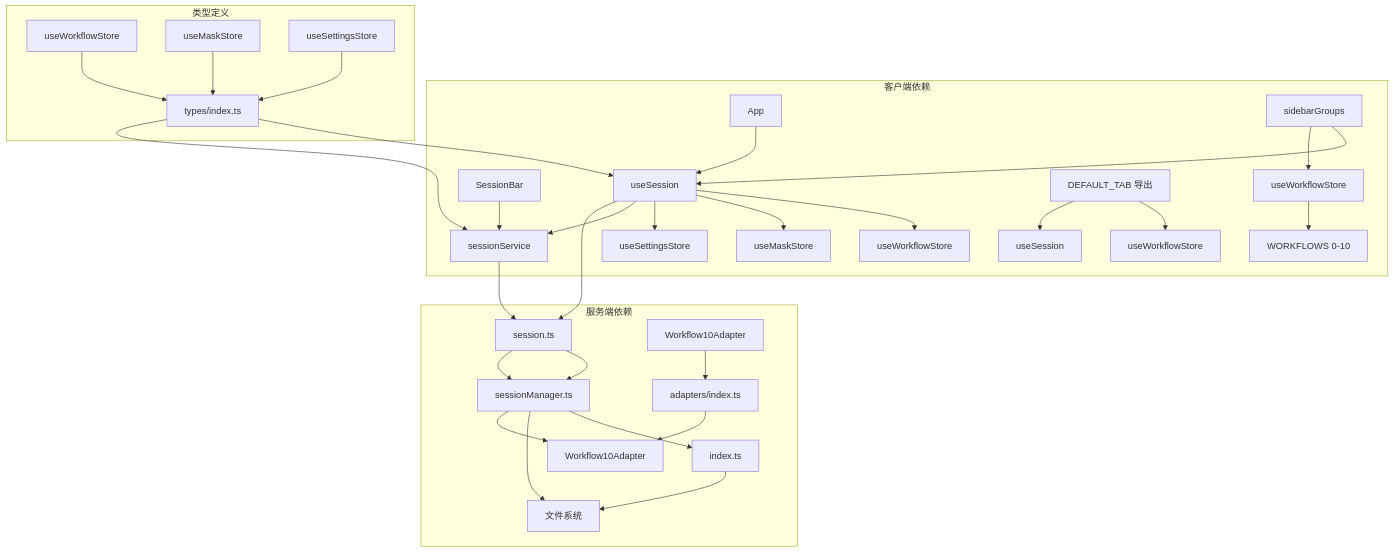
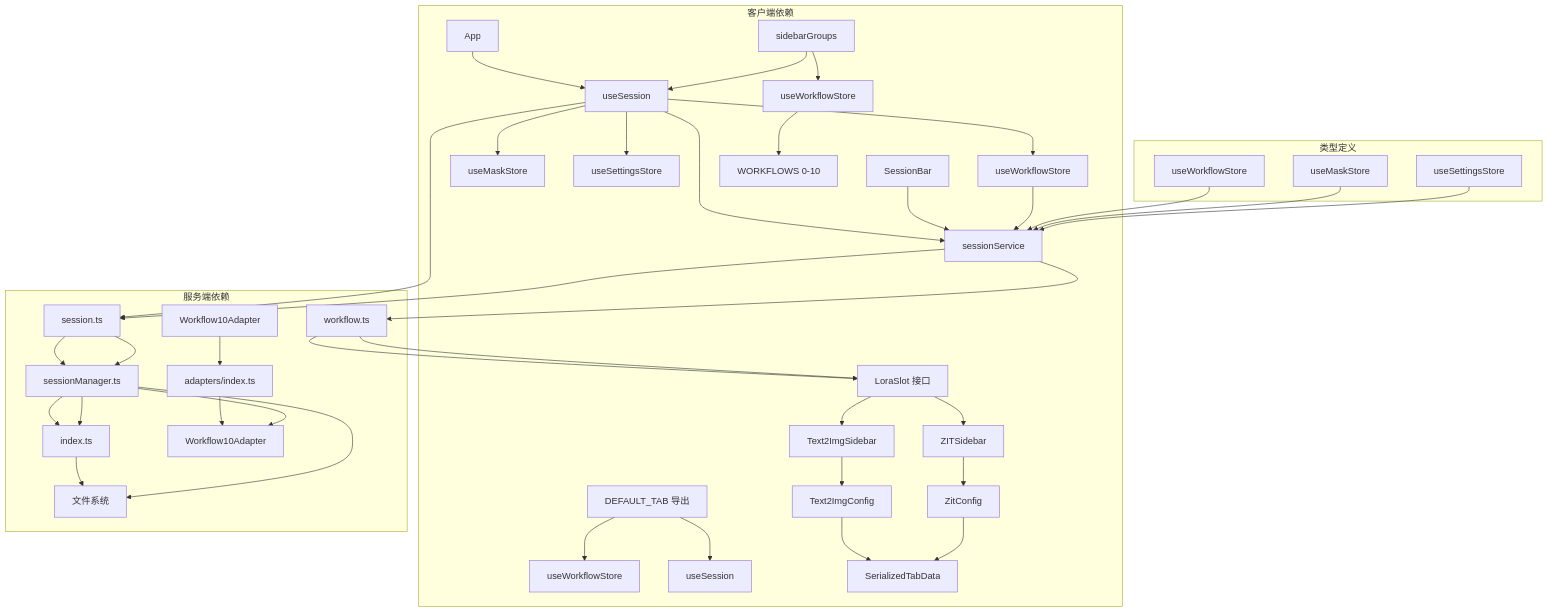
Before and after one commit to billye220670/CorineKit_Pix2Real: the seventh of 7 diagrams in .qoder/repowiki/zh/content/前端应用/状态管理系统/会话状态管理.md, drawn with Mermaid. The commit also changed other lines of this file and 43 other files, not shown here.

````diff
--- a/.qoder/repowiki/zh/content/前端应用/状态管理系统/会话状态管理.md
+++ b/.qoder/repowiki/zh/content/前端应用/状态管理系统/会话状态管理.md
@@ -364,35 +426,44 @@
 ```mermaid
 graph TB
 subgraph "客户端依赖"
 A[useSession] --> B[useWorkflowStore]
 A --> C[useMaskStore]
 A --> D[useSettingsStore]
 A --> E[sessionService]
 F[SessionBar] --> E
 G[App] --> A
 H[useWorkflowStore] --> I[WORKFLOWS 0-10]
 J[sidebarGroups] --> A
 J --> H
 K[DEFAULT_TAB 导出] --> L[useWorkflowStore]
 K --> M[useSession]
+N[LoraSlot 接口] --> O[Text2ImgSidebar]
+N --> P[ZITSidebar]
+O --> Q[Text2ImgConfig]
+P --> R[ZitConfig]
+Q --> S[SerializedTabData]
+R --> S
 end
 subgraph "服务端依赖"
-N[session.ts] --> O[sessionManager.ts]
-O --> P[index.ts]
-P --> Q[文件系统]
-R[Workflow10Adapter] --> S[adapters/index.ts]
-S --> T[Workflow10Adapter]
+T[session.ts] --> U[sessionManager.ts]
+U --> V[index.ts]
+V --> W[文件系统]
+X[Workflow10Adapter] --> Y[adapters/index.ts]
+Y --> Z[Workflow10Adapter]
+AA[workflow.ts] --> N
 end
 subgraph "类型定义"
-U[types/index.ts] --> A
-U --> E
-V[useWorkflowStore] --> U
-W[useMaskStore] --> U
-X[useSettingsStore] --> U
+B --> E
+E --> AA
+BB[useWorkflowStore] --> E
+CC[useMaskStore] --> E
+DD[useSettingsStore] --> E
 end
-A --> N
-E --> N
-N --> O
-O --> Q
-O --> T
+A --> T
+E --> T
+T --> U
+U --> V
+U --> W
+U --> Z
+AA --> N
 ```
````
